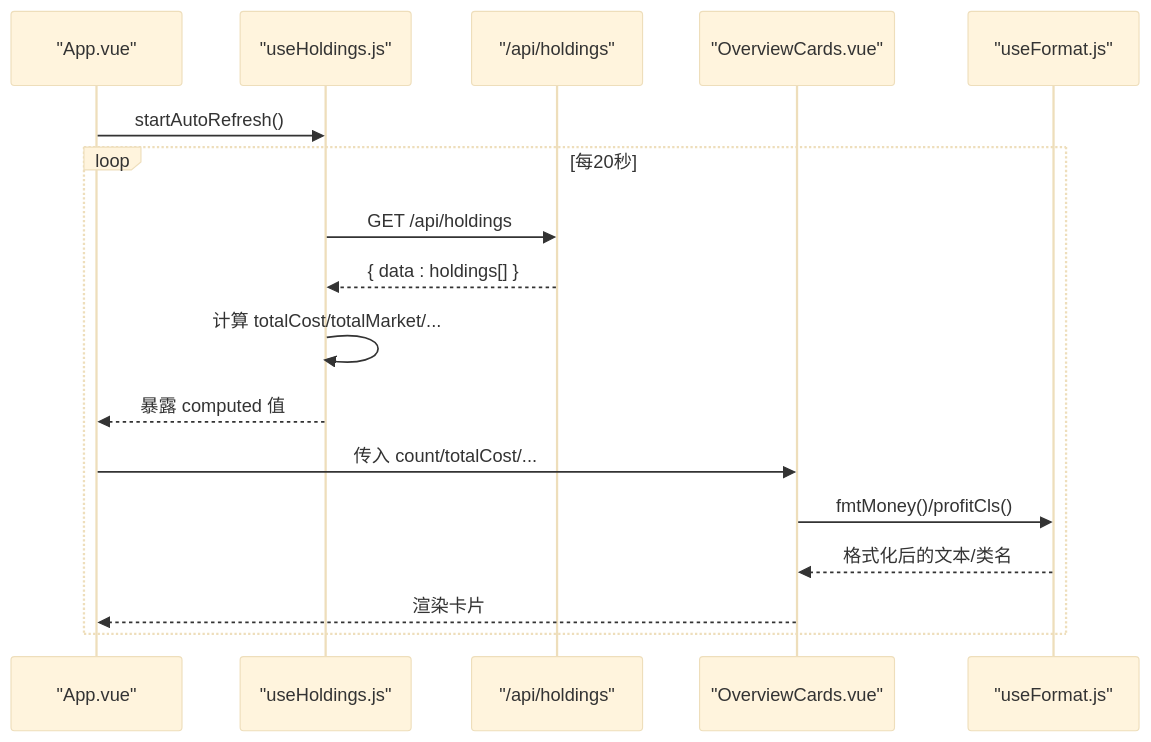
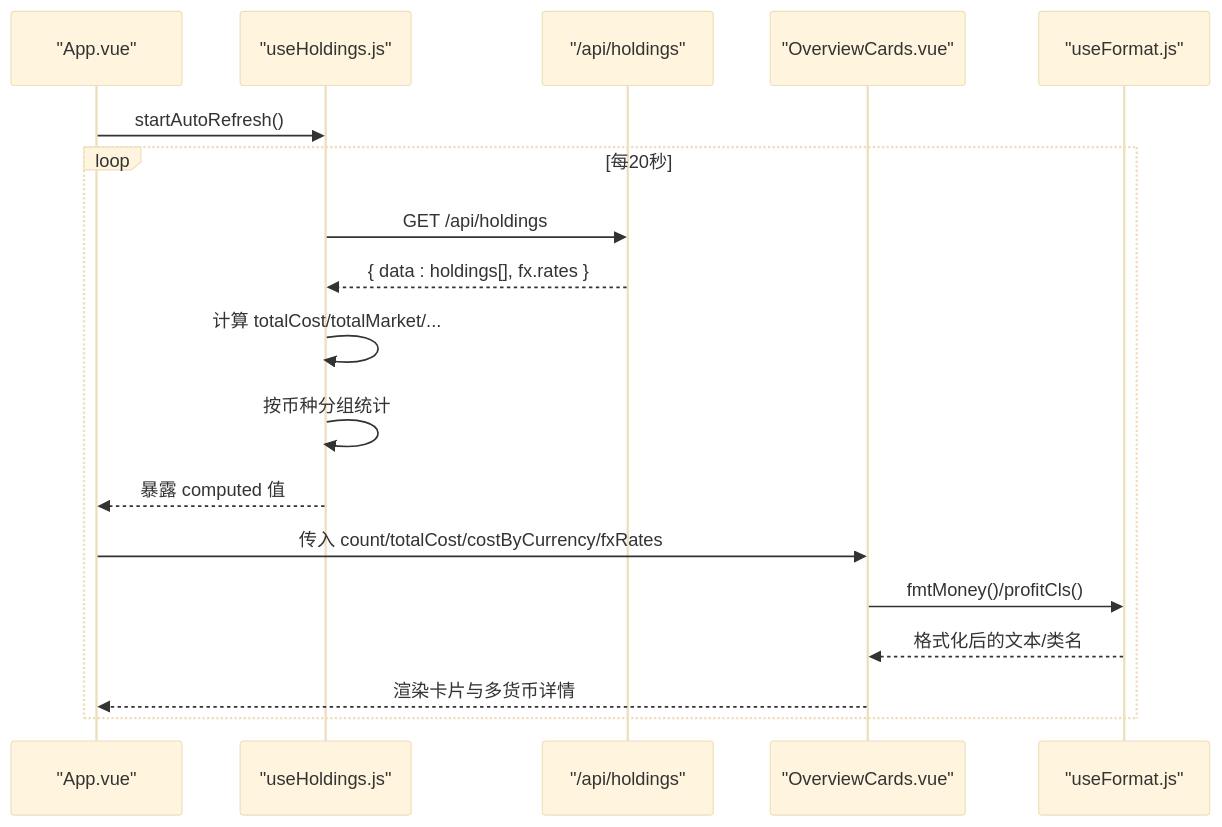
One commit to salenju/stock-advisor changed the second of 8 diagrams in .qoder/repowiki/zh/content/前端架构/Vue组件体系/投资组合概览卡片.md. Above: the diagram before and after it, drawn with Mermaid (base theme). The commit also changed other lines of this file and 45 other files, not shown here.

````diff
--- a/.qoder/repowiki/zh/content/前端架构/Vue组件体系/投资组合概览卡片.md
+++ b/.qoder/repowiki/zh/content/前端架构/Vue组件体系/投资组合概览卡片.md
@@ -78,19 +90,20 @@
 ```mermaid
 sequenceDiagram
 participant UI as "App.vue"
 participant OH as "useHoldings.js"
 participant API as "/api/holdings"
 participant OC as "OverviewCards.vue"
 participant UF as "useFormat.js"
 UI->>OH : startAutoRefresh()
 loop 每20秒
 OH->>API : GET /api/holdings
-API-->>OH : { data : holdings[] }
+API-->>OH : { data : holdings[], fx.rates }
 OH->>OH : 计算 totalCost/totalMarket/...
+OH->>OH : 按币种分组统计
 OH-->>UI : 暴露 computed 值
-UI->>OC : 传入 count/totalCost/...
+UI->>OC : 传入 count/totalCost/costByCurrency/fxRates
 OC->>UF : fmtMoney()/profitCls()
 UF-->>OC : 格式化后的文本/类名
-OC-->>UI : 渲染卡片
+OC-->>UI : 渲染卡片与多货币详情
 end
 ```
````
